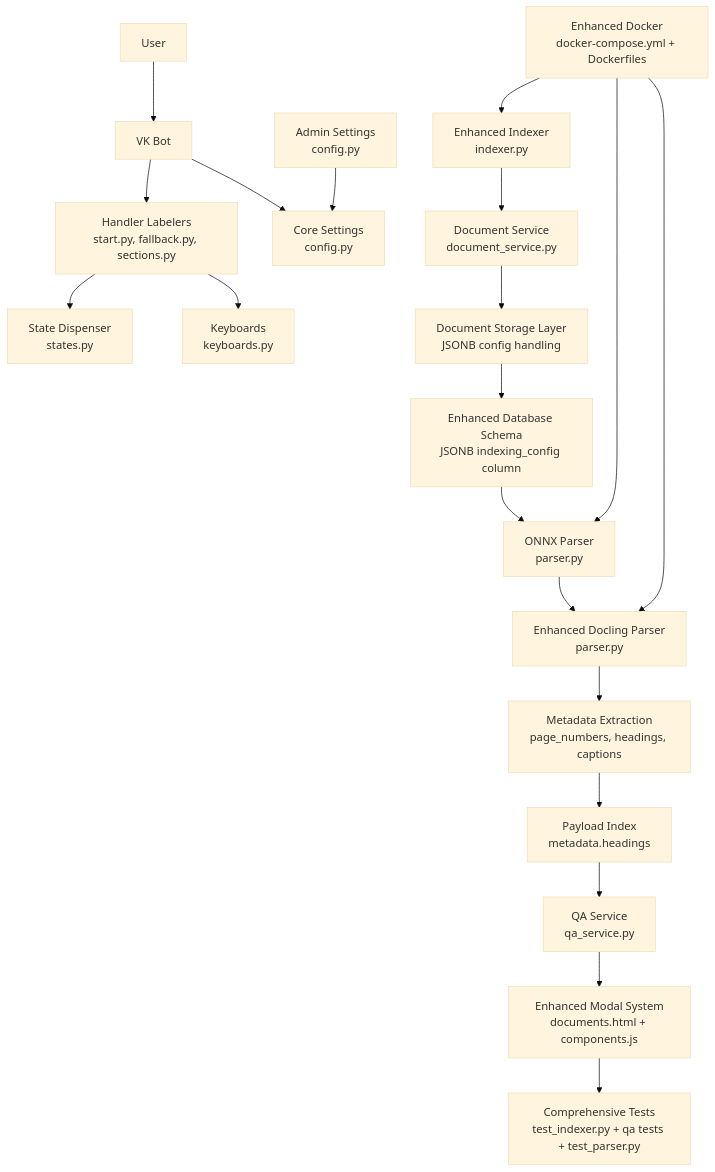
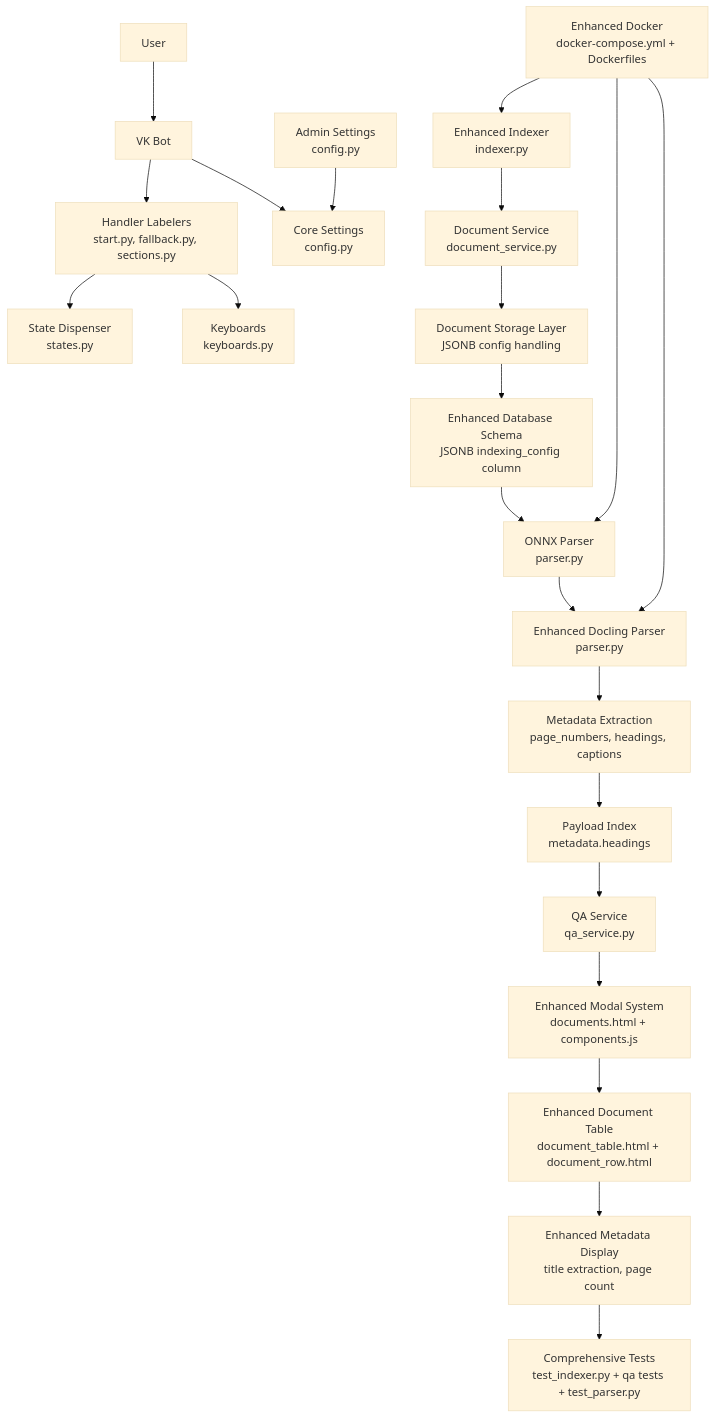
Before and after one commit to ognelis/cafetera_hr_bot: the second of 34 diagrams in .qoder/repowiki/en/content/Document Management System.md, drawn with Mermaid (base theme). The commit also changed other lines of this file and 9 other files, not shown here.

````diff
--- a/.qoder/repowiki/en/content/Document Management System.md
+++ b/.qoder/repowiki/en/content/Document Management System.md
@@ -194,41 +214,45 @@
 ```mermaid
 graph TB
 USER["User"]
 BOT["VK Bot"]
 LABELERS["Handler Labelers<br/>start.py, fallback.py, sections.py"]
 STATE["State Dispenser<br/>states.py"]
 KB["Keyboards<br/>keyboards.py"]
 CORECFG["Core Settings<br/>config.py"]
 ADMINCFG["Admin Settings<br/>config.py"]
 INDEXER["Enhanced Indexer<br/>indexer.py"]
 DOCSVC["Document Service<br/>document_service.py"]
 QA_SERVICE["QA Service<br/>qa_service.py"]
 PARSER["ONNX Parser<br/>parser.py"]
 DOCLET_PARSER["Enhanced Docling Parser<br/>parser.py"]
 METADATA_EXTRACTOR["Metadata Extraction<br/>page_numbers, headings, captions"]
 PAYLOAD_INDEX["Payload Index<br/>metadata.headings"]
 MODAL_SYS["Enhanced Modal System<br/>documents.html + components.js"]
 TESTS["Comprehensive Tests<br/>test_indexer.py + qa tests + test_parser.py"]
 DOCKER["Enhanced Docker<br/>docker-compose.yml + Dockerfiles"]
 DATABASE["Enhanced Database Schema<br/>JSONB indexing_config column"]
 STORAGE_LAYER["Document Storage Layer<br/>JSONB config handling"]
+DOCUMENT_TABLE["Enhanced Document Table<br/>document_table.html + document_row.html"]
+DOCUMENT_METADATA["Enhanced Metadata Display<br/>title extraction, page count"]
 USER --> BOT
 BOT --> LABELERS
 LABELERS --> STATE
 LABELERS --> KB
 BOT --> CORECFG
 ADMINCFG --> CORECFG
 INDEXER --> DOCSVC
 DOCSVC --> STORAGE_LAYER
 STORAGE_LAYER --> DATABASE
 DATABASE --> PARSER
 PARSER --> DOCLET_PARSER
 DOCLET_PARSER --> METADATA_EXTRACTOR
 METADATA_EXTRACTOR --> PAYLOAD_INDEX
 PAYLOAD_INDEX --> QA_SERVICE
 QA_SERVICE --> MODAL_SYS
-MODAL_SYS --> TESTS
+MODAL_SYS --> DOCUMENT_TABLE
+DOCUMENT_TABLE --> DOCUMENT_METADATA
+DOCUMENT_METADATA --> TESTS
 DOCKER --> INDEXER
 DOCKER --> PARSER
 DOCKER --> DOCLET_PARSER
 ```
````
